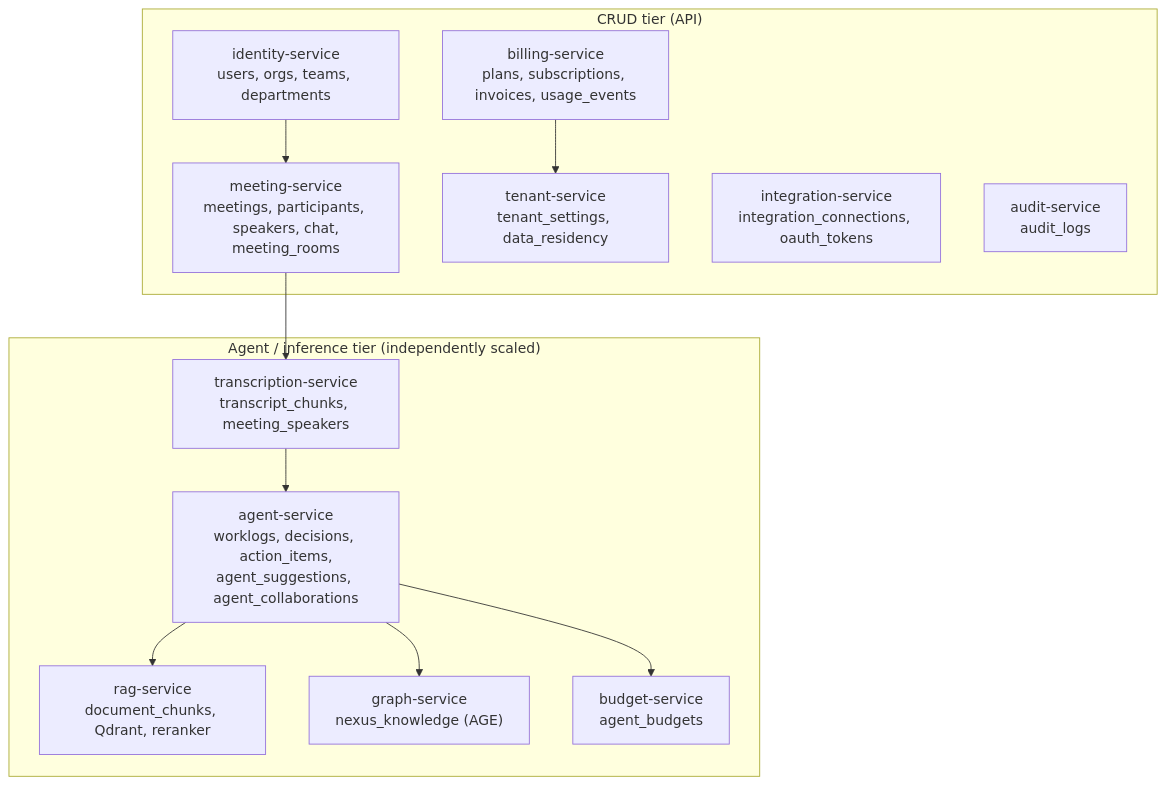
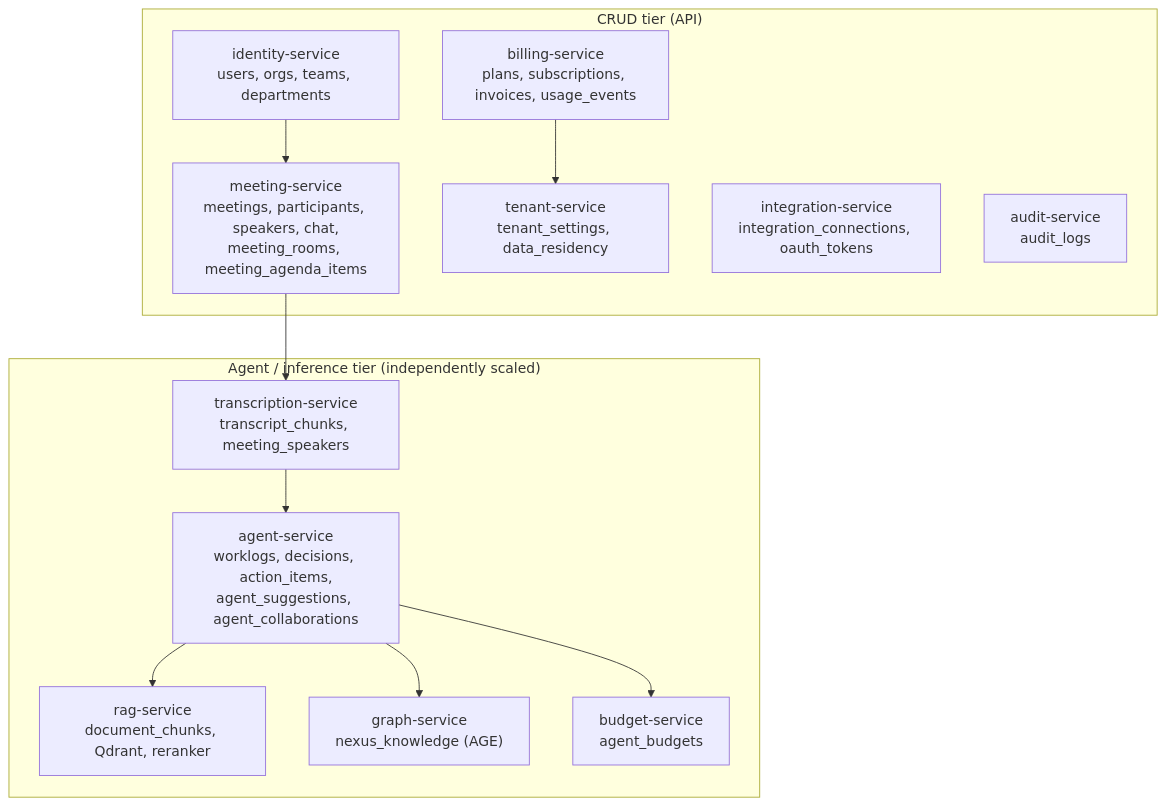
The first of 7 diagrams in _canon/02-data-model.md (Mytheus-AI/mytheus-docs), drawn with Mermaid before and after one commit. The commit also changed other lines of this file and 4 other files, not shown here.

````diff
--- a/_canon/02-data-model.md
+++ b/_canon/02-data-model.md
@@ -38,25 +38,25 @@
 ```mermaid
 graph TD
   subgraph CRUD_Tier["CRUD tier (API)"]
     IdentitySvc["identity-service<br/>users, orgs, teams, departments"]
-    MeetingSvc["meeting-service<br/>meetings, participants, speakers, chat,<br/>meeting_rooms"]
+    MeetingSvc["meeting-service<br/>meetings, participants, speakers, chat,<br/>meeting_rooms, meeting_agenda_items"]
     TenantSvc["tenant-service<br/>tenant_settings, data_residency"]
     BillingSvc["billing-service<br/>plans, subscriptions, invoices, usage_events"]
     IntegrationSvc["integration-service<br/>integration_connections, oauth_tokens"]
     AuditSvc["audit-service<br/>audit_logs"]
   end
   subgraph Inference_Tier["Agent / inference tier (independently scaled)"]
     TranscriptSvc["transcription-service<br/>transcript_chunks, meeting_speakers"]
     AgentSvc["agent-service<br/>worklogs, decisions, action_items,<br/>agent_suggestions, agent_collaborations"]
     RAGSvc["rag-service<br/>document_chunks, Qdrant, reranker"]
     GraphSvc["graph-service<br/>nexus_knowledge (AGE)"]
     BudgetSvc["budget-service<br/>agent_budgets"]
   end
   IdentitySvc --> MeetingSvc
   MeetingSvc --> TranscriptSvc
   TranscriptSvc --> AgentSvc
   AgentSvc --> GraphSvc
   AgentSvc --> RAGSvc
   AgentSvc --> BudgetSvc
   BillingSvc --> TenantSvc
 ```
````
